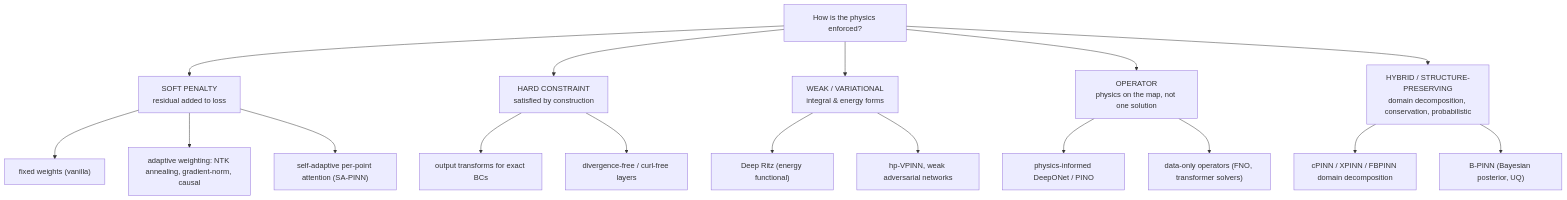
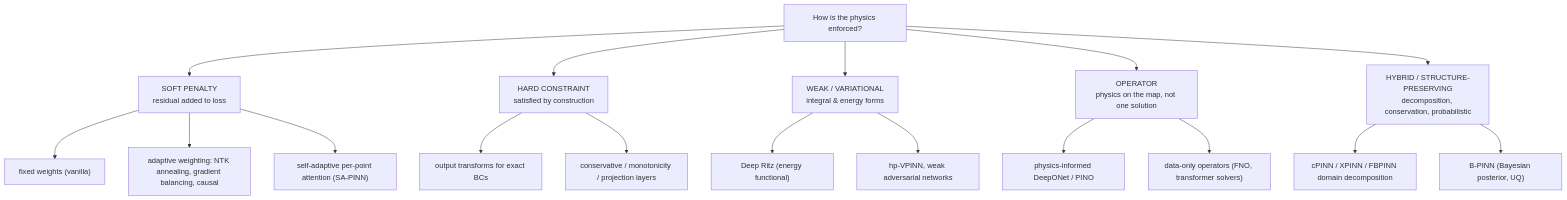
The second of 2 diagrams in docs/03-comparative-analysis.md (ihmorol/pinn-review), drawn with Mermaid before and after one commit. The commit also changed other lines of this file and 16 other files, not shown here.

````diff
--- a/docs/03-comparative-analysis.md
+++ b/docs/03-comparative-analysis.md
@@ -61,20 +62,20 @@
 ```mermaid
 flowchart TD
     P["How is the physics enforced?"]
     P --> S["SOFT PENALTY\nresidual added to loss"]
     P --> H["HARD CONSTRAINT\nsatisfied by construction"]
     P --> W["WEAK / VARIATIONAL\nintegral & energy forms"]
     P --> O["OPERATOR\nphysics on the map, not one solution"]
-    P --> X["HYBRID / STRUCTURE-PRESERVING\ndomain decomposition, conservation, probabilistic"]
+    P --> X["HYBRID / STRUCTURE-PRESERVING\ndecomposition, conservation, probabilistic"]
     S --> S1["fixed weights (vanilla)"]
-    S --> S2["adaptive weighting: NTK annealing, gradient-norm, causal"]
+    S --> S2["adaptive weighting: NTK annealing, gradient balancing, causal"]
     S --> S3["self-adaptive per-point attention (SA-PINN)"]
     H --> H1["output transforms for exact BCs"]
-    H --> H2["divergence-free / curl-free layers"]
+    H --> H2["conservative / monotonicity / projection layers"]
     W --> W1["Deep Ritz (energy functional)"]
     W --> W2["hp-VPINN, weak adversarial networks"]
     O --> O1["physics-informed DeepONet / PINO"]
     O --> O2["data-only operators (FNO, transformer solvers)"]
     X --> X1["cPINN / XPINN / FBPINN domain decomposition"]
     X --> X2["B-PINN (Bayesian posterior, UQ)"]
 ```
````
